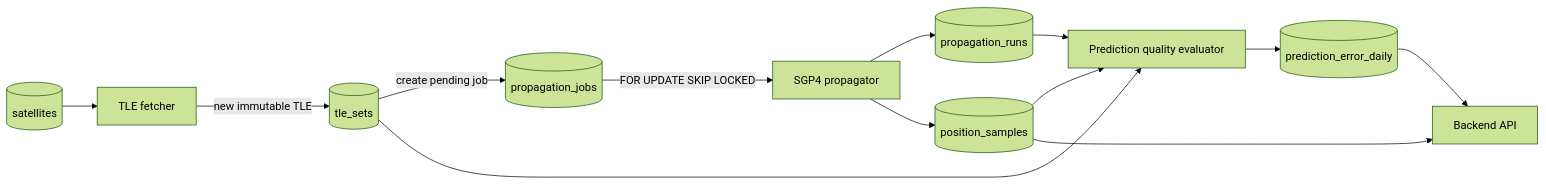
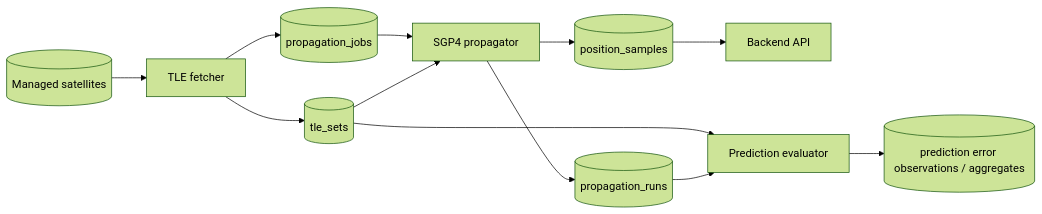
One commit to ExoSpaceLabs/world-sat-monitor changed the sixth of 8 diagrams in docs/architecture.md. Above: the diagram before and after it, drawn with Mermaid (forest theme). The commit also changed other lines of this file, not shown here.

Commit message:
docs(world-sat-monitor): align architecture with orbit overlay projection

````diff
--- a/docs/architecture.md
+++ b/docs/architecture.md
@@ -125,15 +93,14 @@
 ```mermaid
 flowchart LR
-    SAT[(satellites)] --> TF[TLE fetcher]
-    TF -->|new immutable TLE| TLE[(tle_sets)]
-    TLE -->|create pending job| J[(propagation_jobs)]
-    J -->|FOR UPDATE SKIP LOCKED| P[SGP4 propagator]
-    P --> R[(propagation_runs)]
-    P --> PS[(position_samples)]
-    TLE --> Q[Prediction quality evaluator]
-    R --> Q
-    PS --> Q
-    Q --> E[(prediction_error_daily)]
-    PS --> API[Backend API]
-    E --> API
+    CAT[(Managed satellites)] --> FETCH[TLE fetcher]
+    FETCH --> TLE[(tle_sets)]
+    FETCH --> JOB[(propagation_jobs)]
+    JOB --> PROP[SGP4 propagator]
+    TLE --> PROP
+    PROP --> RUN[(propagation_runs)]
+    PROP --> SAMPLE[(position_samples)]
+    SAMPLE --> API[Backend API]
+    TLE --> EVAL[Prediction evaluator]
+    RUN --> EVAL
+    EVAL --> ERR[(prediction error observations / aggregates)]
 ```
````
